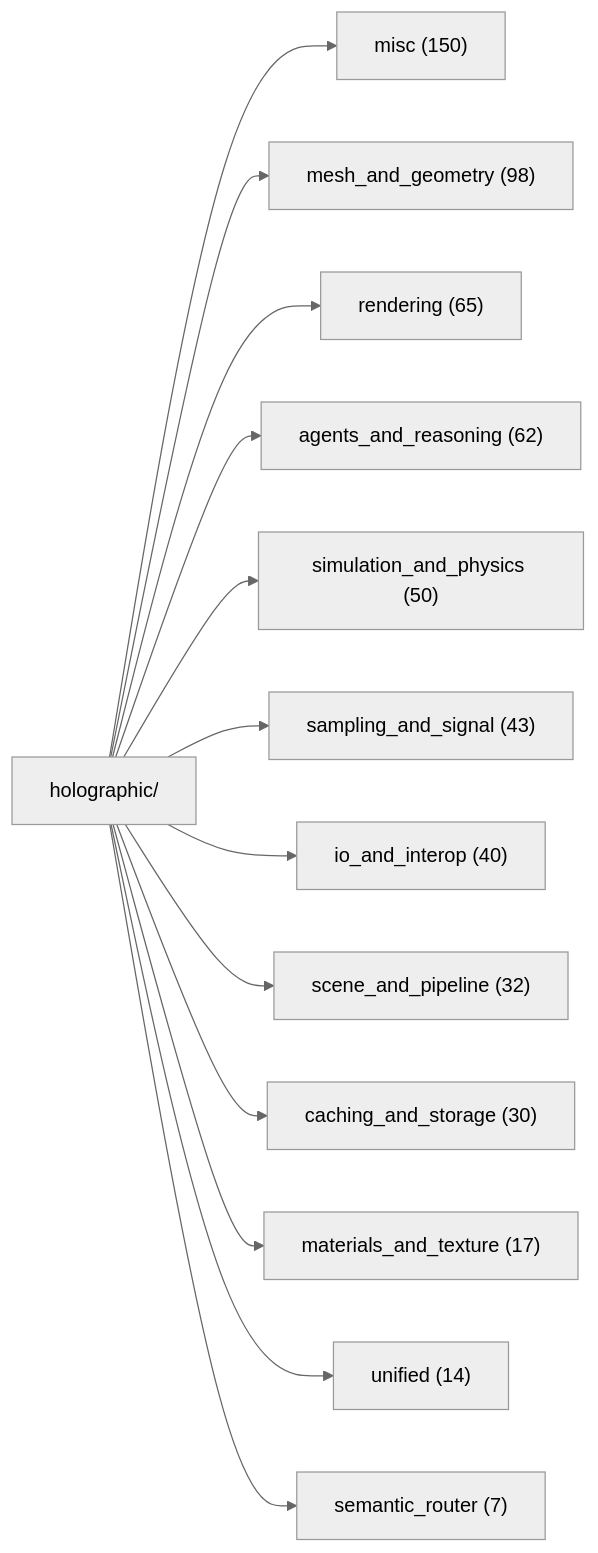
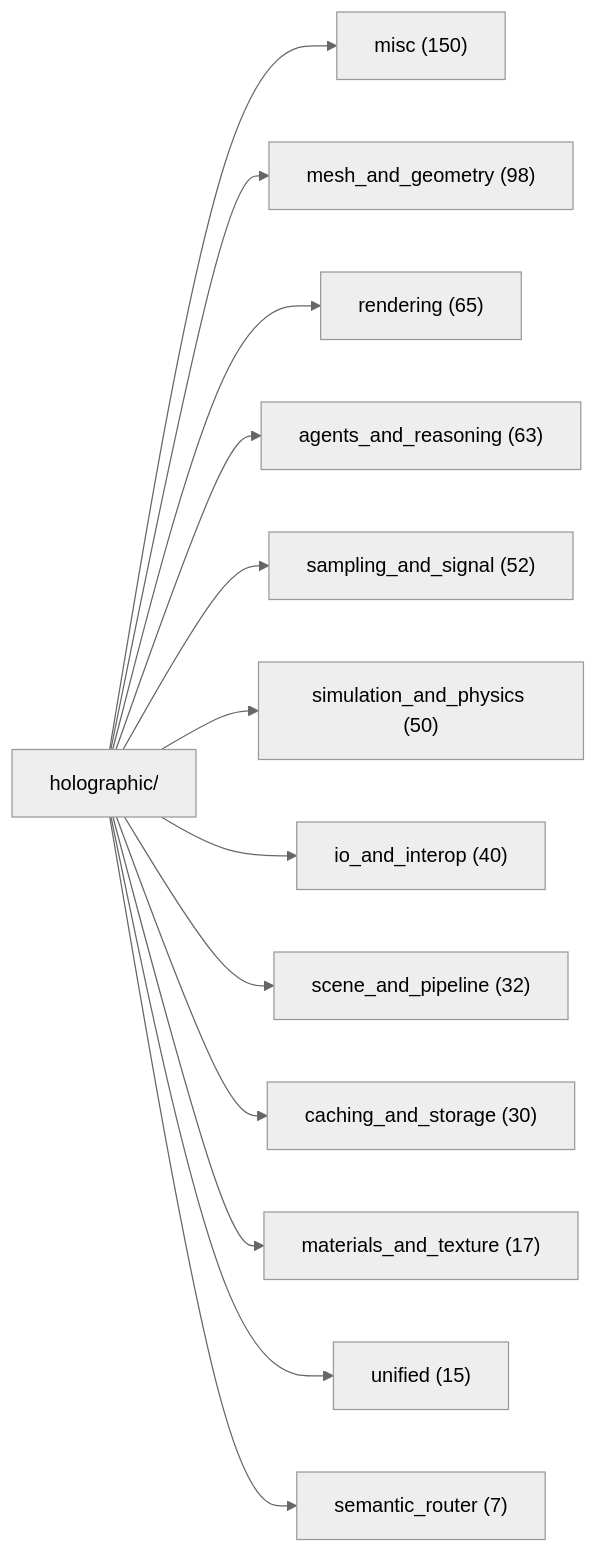
The first of 2 diagrams in docs/DOC_MAP.md (AnOversizedMooseWithSocks/leCore), drawn with Mermaid (neutral theme) before and after one commit. The commit also changed other lines of this file and 5 other files, not shown here.

````diff
--- a/docs/DOC_MAP.md
+++ b/docs/DOC_MAP.md
@@ -35,16 +35,16 @@
 ```mermaid
 graph LR
     H[holographic/]
     H --> misc["misc (150)"]
     H --> mesh["mesh_and_geometry (98)"]
     H --> rend["rendering (65)"]
-    H --> agen["agents_and_reasoning (62)"]
+    H --> agen["agents_and_reasoning (63)"]
+    H --> samp["sampling_and_signal (52)"]
     H --> simu["simulation_and_physics (50)"]
-    H --> samp["sampling_and_signal (43)"]
     H --> io_a["io_and_interop (40)"]
     H --> scen["scene_and_pipeline (32)"]
     H --> cach["caching_and_storage (30)"]
     H --> mate["materials_and_texture (17)"]
-    H --> unif["unified (14)"]
+    H --> unif["unified (15)"]
     H --> sema["semantic_router (7)"]
 ```
````
